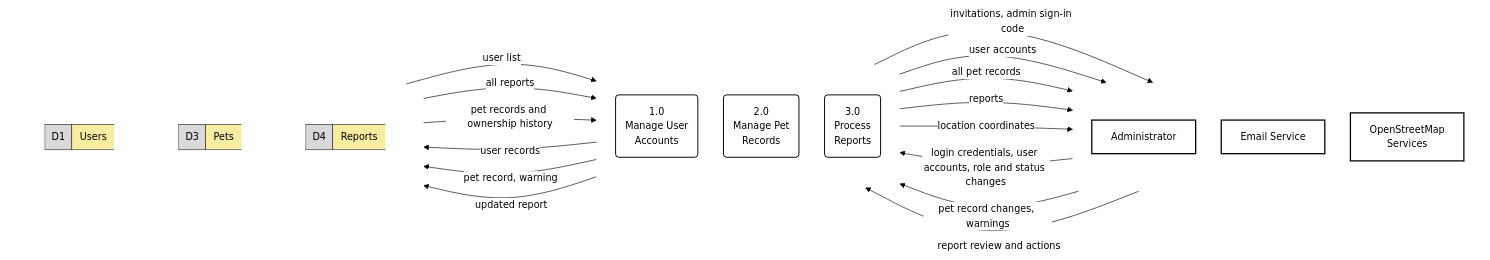
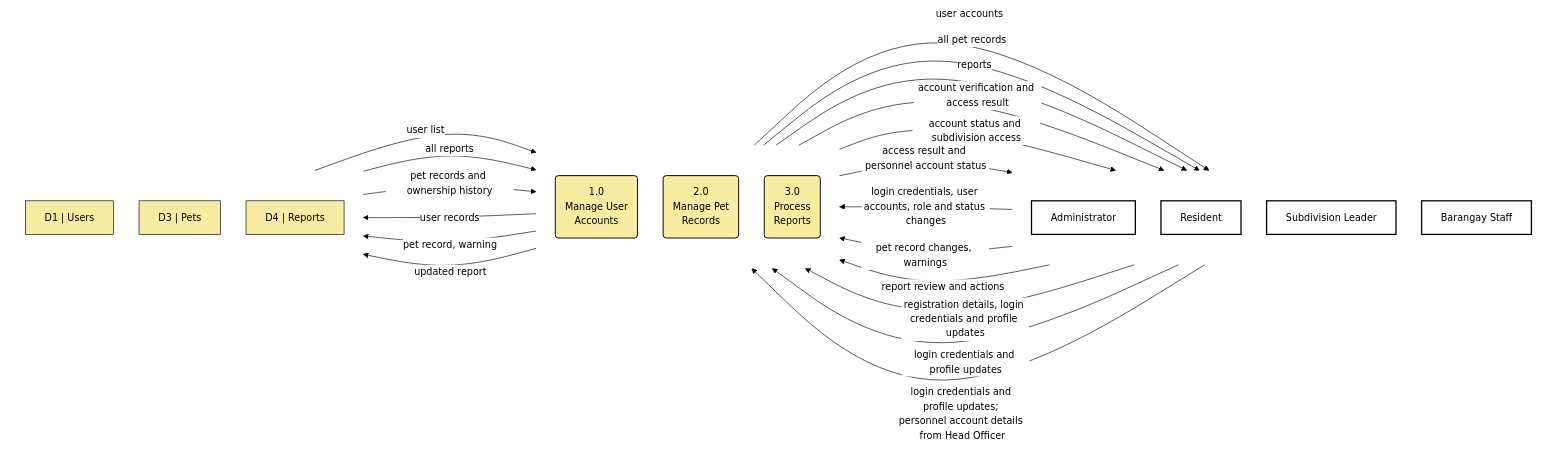
One commit to Otivz/Straysafe2.0 changed the seventh of 8 diagrams in docs/DFD/02_LEVEL1_DFD_BY_ROLE.md. Above: the diagram before and after it, drawn with Mermaid. The commit also changed other lines of this file and 81 other files, not shown here.

````diff
--- a/docs/DFD/02_LEVEL1_DFD_BY_ROLE.md
+++ b/docs/DFD/02_LEVEL1_DFD_BY_ROLE.md
@@ -614,66 +632,75 @@
 ```mermaid
 ---
 config:
   theme: base
   htmlLabels: true
   themeVariables:
     background: "#ffffff"
     primaryColor: "#ffffff"
     primaryTextColor: "#000000"
     primaryBorderColor: "#000000"
     lineColor: "#000000"
     textColor: "#000000"
     fontFamily: "Arial, Helvetica, sans-serif"
     fontSize: "15px"
   flowchart:
     curve: basis
     nodeSpacing: 40
     rankSpacing: 70
     useMaxWidth: false
 ---
 flowchart LR
     subgraph COL1[" "]
         direction TB
         ADM["Administrator"]:::ent
-        EML["Email Service"]:::ent
-        MAP["OpenStreetMap<br/>Services"]:::ent
+        RES["Resident"]:::ent
+        LDR["Subdivision Leader"]:::ent
+        STF["Barangay Staff"]:::ent
     end
     subgraph COL2[" "]
         direction TB
         P1("1.0<br/>Manage User<br/>Accounts"):::proc
         P2("2.0<br/>Manage Pet<br/>Records"):::proc
         P3("3.0<br/>Process<br/>Reports"):::proc
     end
     subgraph COL3[" "]
         direction TB
-        D1["<table style='border-collapse:collapse;border-spacing:0;border:1px solid black;border-right:0;color:black'><tr><td style='border-right:1px solid black;background:rgb(217,217,217);padding:8px 10px;white-space:nowrap'>D1</td><td style='background:rgb(247,236,160);padding:8px 12px;white-space:nowrap'>Users</td></tr></table>"]:::store
-        D3["<table style='border-collapse:collapse;border-spacing:0;border:1px solid black;border-right:0;color:black'><tr><td style='border-right:1px solid black;background:rgb(217,217,217);padding:8px 10px;white-space:nowrap'>D3</td><td style='background:rgb(247,236,160);padding:8px 12px;white-space:nowrap'>Pets</td></tr></table>"]:::store
-        D4["<table style='border-collapse:collapse;border-spacing:0;border:1px solid black;border-right:0;color:black'><tr><td style='border-right:1px solid black;background:rgb(217,217,217);padding:8px 10px;white-space:nowrap'>D4</td><td style='background:rgb(247,236,160);padding:8px 12px;white-space:nowrap'>Reports</td></tr></table>"]:::store
+        D1["D1 | Users"]:::store
+        D3["D3 | Pets"]:::store
+        D4["D4 | Reports"]:::store
     end
     COL1 ~~~ COL2 ~~~ COL3
 
+    %% Plain-label Mermaid preview. Exact editable DFD symbols: ../drawio/DFD_editable.drawio
     %% Arrows carry data; dashed processes continue on another page.
     ADM -->|"login credentials, user accounts, role and status changes"| P1
-    P1 -->|"invitations, admin sign-in code"| EML
     P1 -->|"user records"| D1
     D1 -->|"user list"| P1
     P1 -->|"user accounts"| ADM
     ADM -->|"pet record changes, warnings"| P2
     P2 -->|"pet record, warning"| D3
     P2 -->|"all pet records"| ADM
     ADM -->|"report review and actions"| P3
     P3 -->|"updated report"| D4
     D4 -->|"all reports"| P3
     P3 -->|"reports"| ADM
     D3 -->|"pet records and ownership history"| P2
-    P3 -->|"location coordinates"| MAP
+
+
+    %% Shared account process includes every authenticated human role.
+    RES -->|"registration details, login credentials and profile updates"| P1
+    P1 -->|"account verification and access result"| RES
+    LDR -->|"login credentials and profile updates"| P1
+    P1 -->|"account status and subdivision access"| LDR
+    STF -->|"login credentials and profile updates; personnel account details from Head Officer"| P1
+    P1 -->|"access result and personnel account status"| STF
 
     classDef ent fill:#ffffff,stroke:#000000,stroke-width:2px
-    classDef proc fill:#ffffff,stroke:#000000,stroke-width:1.5px
-    classDef store fill:transparent,stroke:none,padding:0px
+    classDef proc fill:#f7eca0,stroke:#000000,stroke-width:1.5px
+    classDef store fill:#f7eca0,stroke:#000000,stroke-width:1px
     classDef off fill:#ffffff,stroke:#000000,stroke-width:1px,stroke-dasharray:5 4
 
     style COL1 fill:transparent,stroke:none
     style COL2 fill:transparent,stroke:none
     style COL3 fill:transparent,stroke:none
 ```
````
